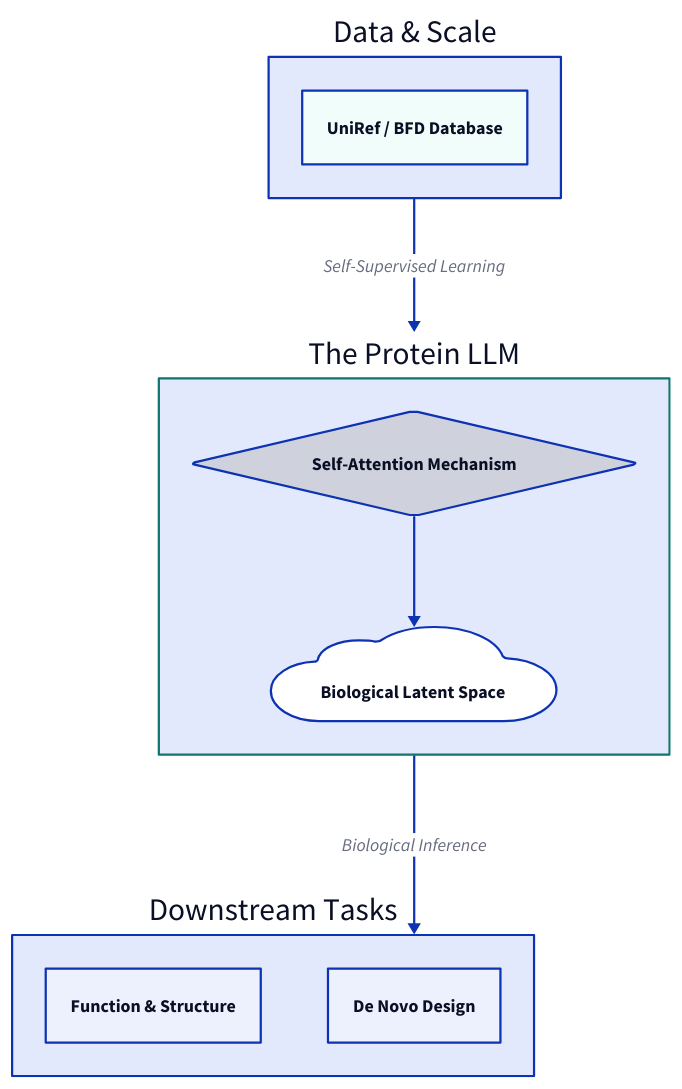
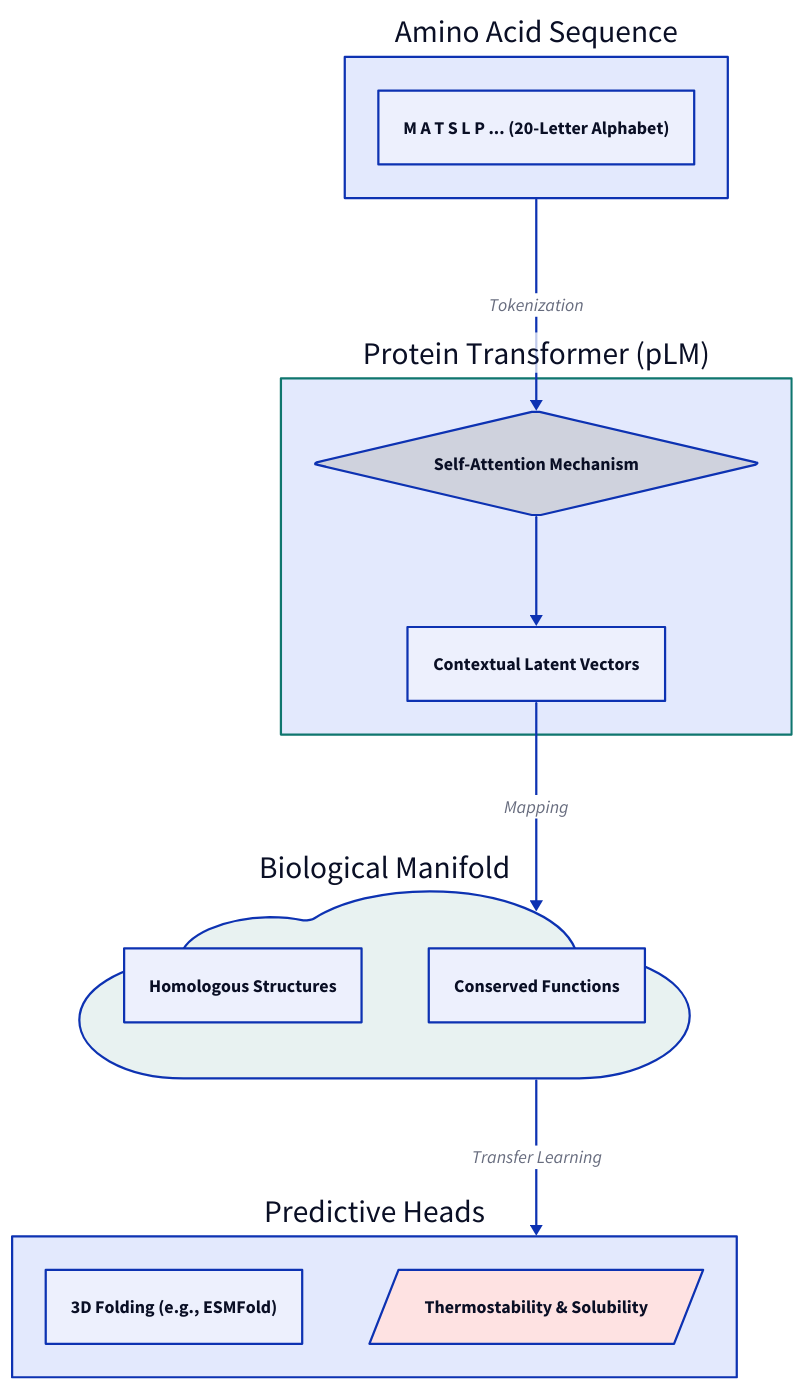
One commit to s-chudmunge/eulerfold changed the diagram in content/articles/what-are-protein-language-models.md. Above: the diagram before and after it, drawn with D2. The commit also changed 45 other files, not shown here.

````diff
--- a/content/articles/what-are-protein-language-models.md
+++ b/content/articles/what-are-protein-language-models.md
@@ -31,29 +31,36 @@
 ```d2
 direction: down
 
-Training: "Data & Scale" {
-  Database: "UniRef / BFD Database" {
-    shape: rectangle
-    style: { fill: "#f0fdfa" }
+Inputs: "Amino Acid Sequence" {
+  Seq: "M A T S L P ... (20-Letter Alphabet)" {shape: rectangle}
+}
+
+Engine: "Protein Transformer (pLM)" {
+  style: {
+    stroke: "#0f766e"
+    stroke-width: 2
+  }
+  Attention: "Self-Attention Mechanism" {shape: diamond}
+  Embeddings: "Contextual Latent Vectors"
+  Attention -> Embeddings
+}
+
+Latent_Space: "Biological Manifold" {
+  shape: cloud
+  style: {fill: "#e8f2f1"}
+  Cluster1: "Homologous Structures"
+  Cluster2: "Conserved Functions"
+}
+
+Downstream: "Predictive Heads" {
+  Structure: "3D Folding (e.g., ESMFold)"
+  Property: "Thermostability & Solubility" {
+    shape: parallelogram
+    style: {fill: "#fee2e2"}
   }
 }
 
-AI: "The Protein LLM" {
-  style: { stroke: "#0f766e"; stroke-width: 2 }
-  Transformer: "Self-Attention Mechanism" {
-    shape: diamond
-  }
-  Latent: "Biological Latent Space" {
-    shape: cloud
-  }
-  Transformer -> Latent
-}
-
-Output: "Downstream Tasks" {
-  Predict: "Function & Structure"
-  Design: "De Novo Design"
-}
-
-Training -> AI: "Self-Supervised Learning"
-AI -> Output: "Biological Inference"
+Inputs -> Engine.Attention: "Tokenization"
+Engine.Embeddings -> Latent_Space: "Mapping"
+Latent_Space -> Downstream: "Transfer Learning"
 ```
````
